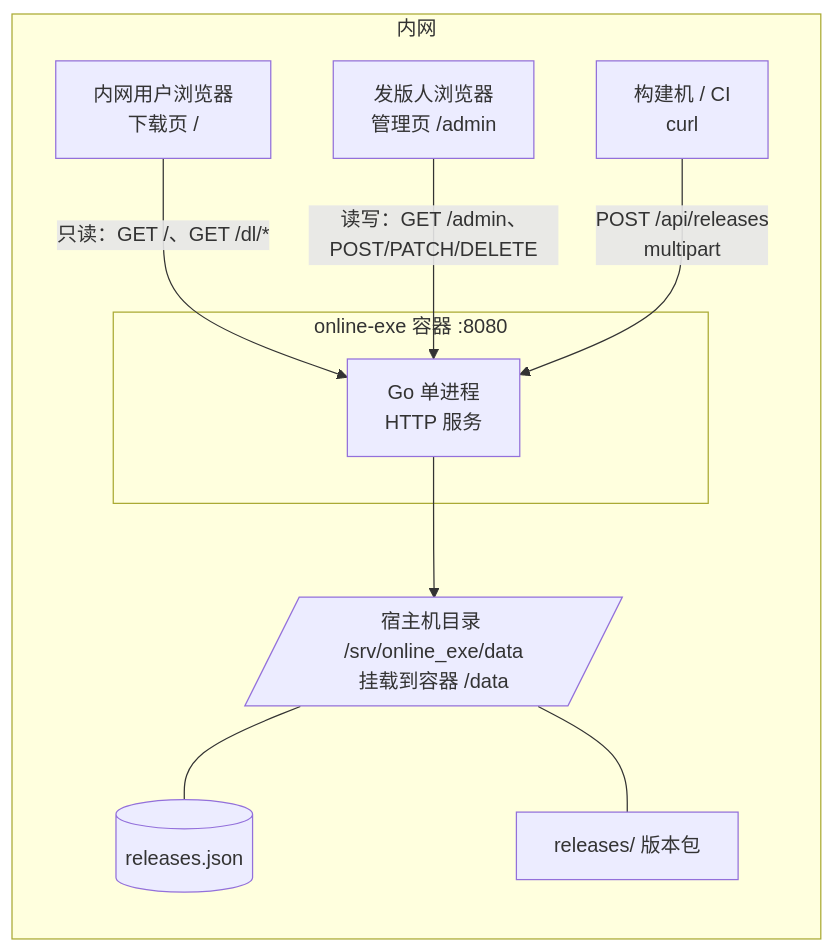
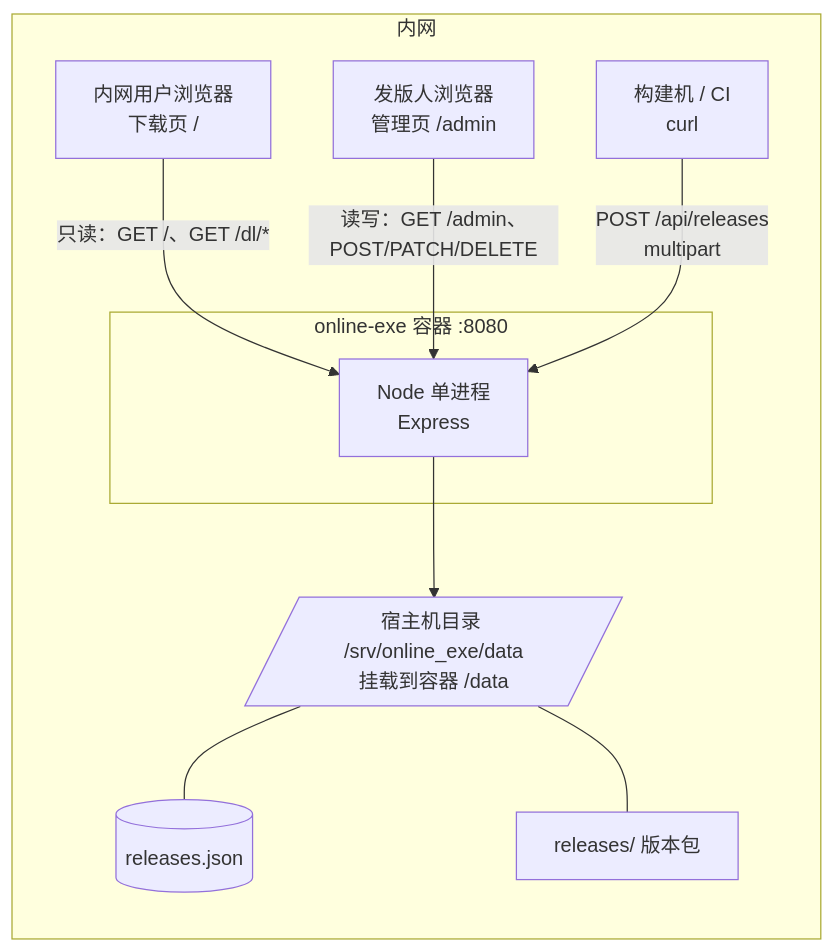
Before and after one commit to saber9050/online_exe: the diagram in docs/release-platform-design.md, drawn with Mermaid. The commit also changed other lines of this file, not shown here.

````diff
--- a/docs/release-platform-design.md
+++ b/docs/release-platform-design.md
@@ -228,23 +259,23 @@
 ```mermaid
 flowchart LR
     subgraph 内网
         U1[内网用户浏览器<br/>下载页 /]
         U2[发版人浏览器<br/>管理页 /admin]
         CI[构建机 / CI<br/>curl]
 
         subgraph C[online-exe 容器 :8080]
-            S[Go 单进程<br/>HTTP 服务]
+            S[Node 单进程<br/>Express]
         end
 
         V[/宿主机目录 /srv/online_exe/data<br/>挂载到容器 /data/]
         D[(releases.json)]
         F[releases/ 版本包]
     end
 
     U1 -->|只读：GET /、GET /dl/*| S
     U2 -->|读写：GET /admin、POST/PATCH/DELETE| S
     CI -->|POST /api/releases<br/>multipart| S
     S --> V
     V --- D
     V --- F
 ```
````
